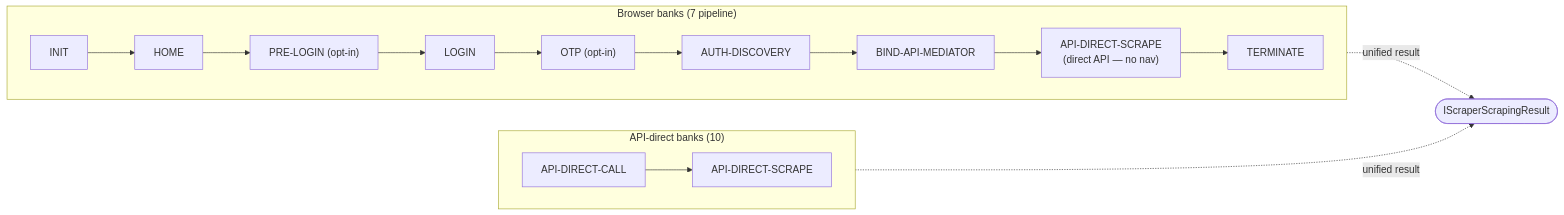
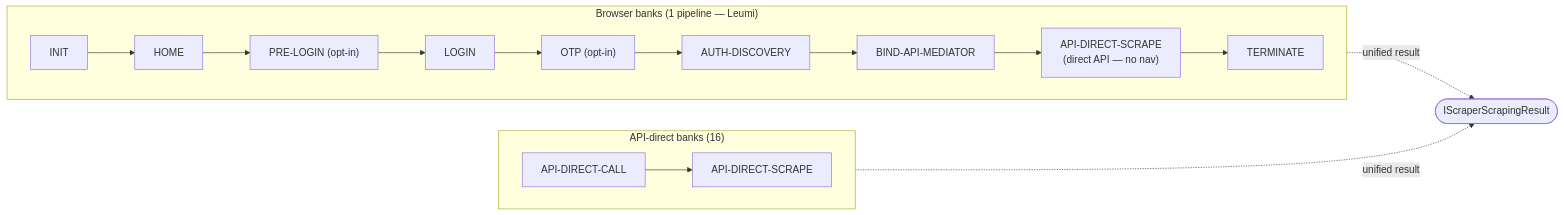
Before and after one commit to sergienko4/israeli-bank-scrapers: the diagram in docs/index.md, drawn with Mermaid. The commit also changed other lines of this file and 2 other files, not shown here.

Commit message:
docs: fix bank transport counts and async map
Review of the legacy-scraper removal found two inaccuracies in the
docs this change already touches.

- The registry has one browser-login bank (Leumi) and 16 API-direct
  banks, but docs/index.md and README.md still said 7 browser and
  10 API-direct. Correct the diagrams and the summary row.
- The parallel-scraping example mapped createScraper synchronously,
  so a thrown ScraperError for a removed company id aborted the
  whole map before Promise.allSettled ran. Make the callback async
  so a construction failure becomes one rejected entry.

Copilot-Session: 09edc15f-ca24-42a8-ad07-b688c22d76aa

````diff
--- a/docs/index.md
+++ b/docs/index.md
@@ -37,18 +37,18 @@
 ```mermaid
 flowchart LR
-    subgraph BB["Browser banks (7 pipeline)"]
+    subgraph BB["Browser banks (1 pipeline — Leumi)"]
       direction LR
       INIT --> HOME --> PRELOGIN["PRE-LOGIN (opt-in)"]
       PRELOGIN --> LOGIN --> OTP["OTP (opt-in)"]
       OTP --> AUTH["AUTH-DISCOVERY"] --> BIND["BIND-API-MEDIATOR"]
       BIND --> SCRAPE["API-DIRECT-SCRAPE<br/>(direct API — no nav)"] --> TERM["TERMINATE"]
     end
 
-    subgraph API["API-direct banks (10)"]
+    subgraph API["API-direct banks (16)"]
       direction LR
       CALL["API-DIRECT-CALL"] --> SCR["API-DIRECT-SCRAPE"]
     end
 
     BB -.->|"unified result"| RESULT(["IScraperScrapingResult"])
     API -.->|"unified result"| RESULT
 ```
````
